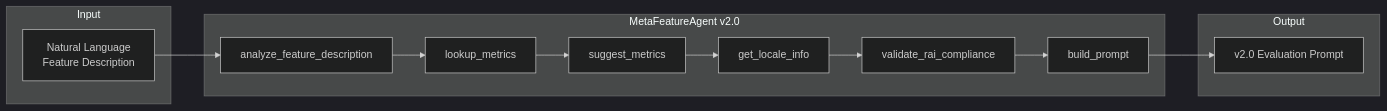
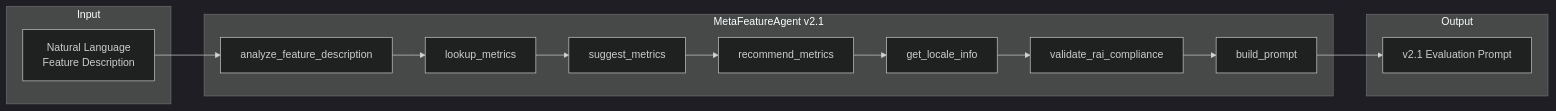
One commit to hshujuan/MetaFeature-Orchestrator changed the third of 11 diagrams in TechnicalDocs/ArchitectureOverview.md. Above: the diagram before and after it, drawn with Mermaid (dark theme). The commit also changed other lines of this file, not shown here.

````diff
--- a/TechnicalDocs/ArchitectureOverview.md
+++ b/TechnicalDocs/ArchitectureOverview.md
@@ -217,27 +217,29 @@
 ```mermaid
 flowchart LR
     subgraph Input
         NL[Natural Language<br/>Feature Description]
     end
     
-    subgraph AIAgent["MetaFeatureAgent v2.0"]
+    subgraph AIAgent["MetaFeatureAgent v2.1"]
         ANALYZE[analyze_feature_description]
         LOOKUP[lookup_metrics]
         SUGGEST[suggest_metrics]
+        RECOMMEND[recommend_metrics]
         LOCALE_INFO[get_locale_info]
         RAI[validate_rai_compliance]
         BUILD[build_prompt]
     end
     
     subgraph Output
-        PO[v2.0 Evaluation Prompt]
+        PO[v2.1 Evaluation Prompt]
     end
     
     NL --> ANALYZE
     ANALYZE --> LOOKUP
     LOOKUP --> SUGGEST
-    SUGGEST --> LOCALE_INFO
+    SUGGEST --> RECOMMEND
+    RECOMMEND --> LOCALE_INFO
     LOCALE_INFO --> RAI
     RAI --> BUILD
     BUILD --> PO
 ```
````
